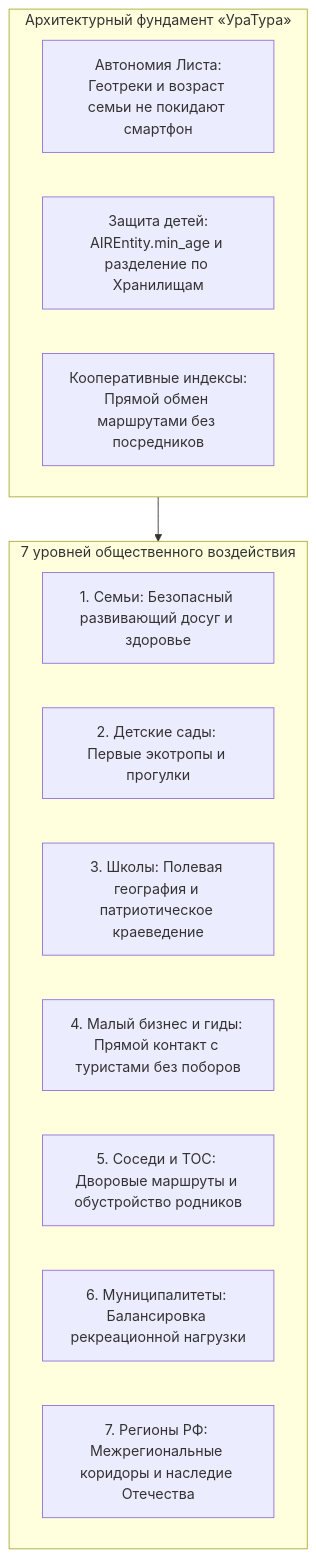
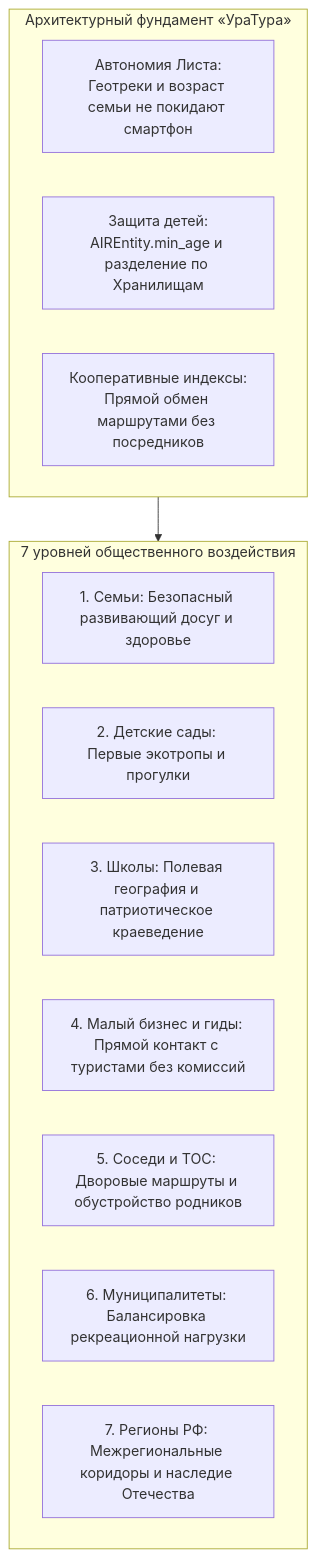
One commit to Data-Independence-Network/presentations changed the diagram in shared_docs/whitepapers/applications/uratur/UraTur_Ecosystem_Impact_Guide.md. Above: the diagram before and after it, drawn with Mermaid. The commit also changed other lines of this file and 85 other files, not shown here.

````diff
--- a/shared_docs/whitepapers/applications/uratur/UraTur_Ecosystem_Impact_Guide.md
+++ b/shared_docs/whitepapers/applications/uratur/UraTur_Ecosystem_Impact_Guide.md
@@ -32,20 +32,20 @@
 ```mermaid
 flowchart TD
     subgraph CoreValues ["Архитектурный фундамент «УраТура»"]
         LeafPrivacy["Автономия Листа:<br/>Геотреки и возраст семьи не покидают смартфон"]
         AgeSecurity["Защита детей:<br/>AIREntity.min_age и разделение по Хранилищам"]
         CommunityP2P["Кооперативные индексы:<br/>Прямой обмен маршрутами без посредников"]
     end
 
     subgraph ImpactLevels ["7 уровней общественного воздействия"]
         L1["1. Семьи: Безопасный развивающий досуг и здоровье"]
         L2["2. Детские сады: Первые экотропы и прогулки"]
         L3["3. Школы: Полевая география и патриотическое краеведение"]
-        L4["4. Малый бизнес и гиды: Прямой контакт с туристами без поборов"]
+        L4["4. Малый бизнес и гиды: Прямой контакт с туристами без комиссий"]
         L5["5. Соседи и ТОС: Дворовые маршруты и обустройство родников"]
         L6["6. Муниципалитеты: Балансировка рекреационной нагрузки"]
         L7["7. Регионы РФ: Межрегиональные коридоры и наследие Отечества"]
     end
 
     CoreValues --> ImpactLevels
 ```
````
